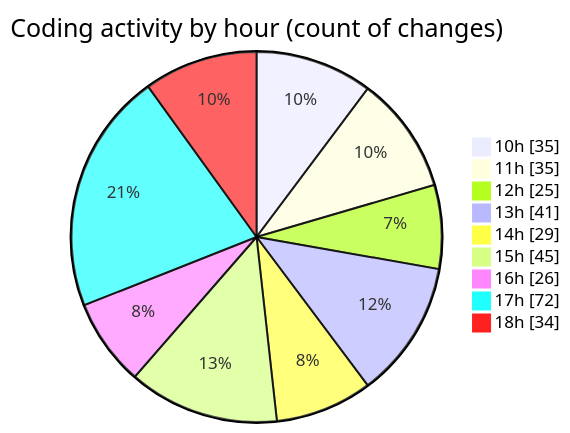
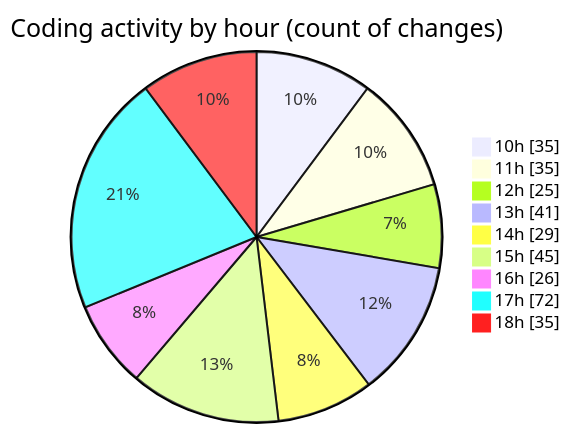
Before and after one commit to momahboobian/code-tracking: the second of 2 diagrams in 2025-03-26/cda/README.md, drawn with Mermaid. The commit also changed other lines of this file and 1 other file, not shown here.

````diff
--- a/2025-03-26/cda/README.md
+++ b/2025-03-26/cda/README.md
@@ -55,13 +55,13 @@
 ```mermaid
 pie showData
 title Coding activity by hour (count of changes)
 "10h" : 35
 "11h" : 35
 "12h" : 25
 "13h" : 41
 "14h" : 29
 "15h" : 45
 "16h" : 26
 "17h" : 72
-"18h" : 34
+"18h" : 35
 ```
````
